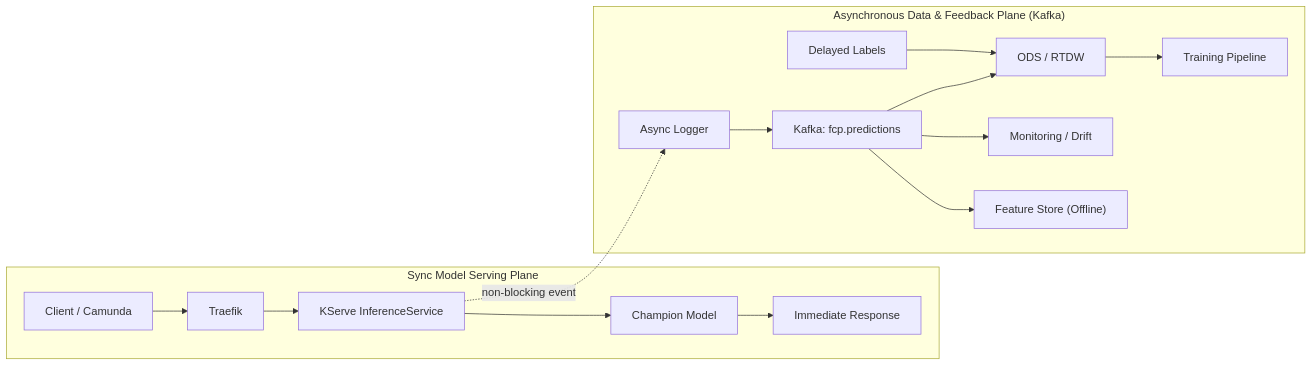
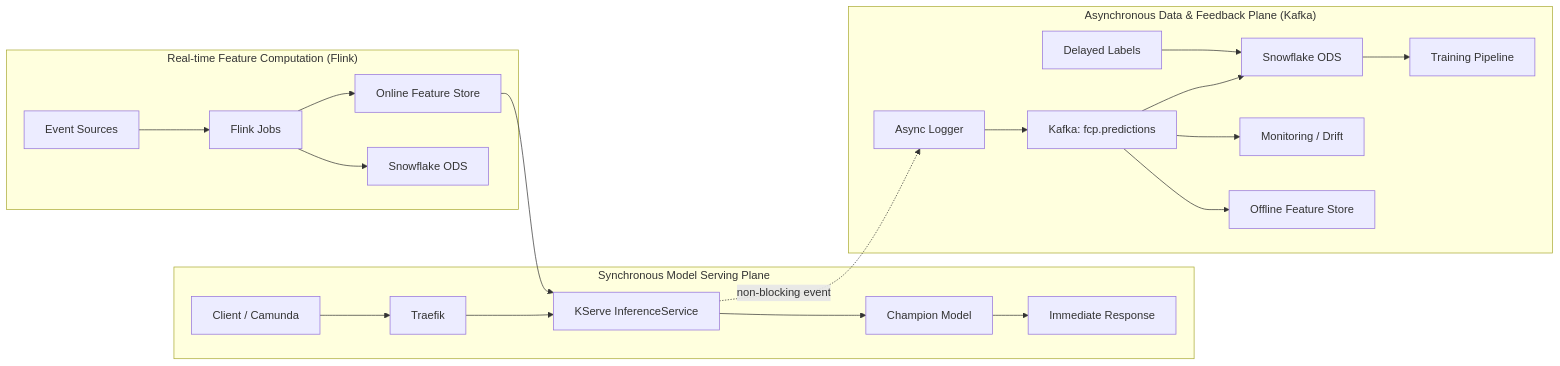
Before and after one commit to mdragomir-taurus/ops-diagrams: the diagram in final_kafka_architecture.mermaid, drawn with Mermaid. The commit also changed other lines of this file and 2 other files, not shown here.

Commit message:
fix: kafka final architecture update

```diff
--- a/final_kafka_architecture.mermaid
+++ b/final_kafka_architecture.mermaid
@@ -1,18 +1,24 @@
-flowchart LR
-
-    subgraph SYNC["Sync Model Serving Plane"]
+flowchart LR 
+    subgraph SYNC["Synchronous Model Serving Plane"]
         CLIENT["Client / Camunda"] --> TR["Traefik"] 
         TR --> KS["KServe InferenceService"] 
         KS --> MODEL["Champion Model"] 
         MODEL --> RESP["Immediate Response"] 
     end 
+    
+    subgraph STREAM["Real-time Feature Computation (Flink)"]
+        EVENTS["Event Sources"] --> FLINK["Flink Jobs"] 
+        FLINK --> ONLINEFS["Online Feature Store"] 
+        FLINK --> ODS["Snowflake ODS"]
+    end 
 
     subgraph ASYNC["Asynchronous Data & Feedback Plane (Kafka)"]
         KS -. non-blocking event .-> LOG["Async Logger"] 
         LOG --> KAFKA["Kafka: fcp.predictions"] 
-        KAFKA --> ODS["ODS / RTDW"] 
+        KAFKA --> ODS2["Snowflake ODS"] 
         KAFKA --> MON["Monitoring / Drift"] 
-        KAFKA --> FEAST["Feature Store (Offline)"] 
-        LABEL["Delayed Labels"] --> ODS 
-        ODS --> TRAIN["Training Pipeline"] 
-    end
+        KAFKA --> FEAST["Offline Feature Store"] 
+        LABEL["Delayed Labels"] --> ODS2 
+        ODS2 --> TRAIN["Training Pipeline"] 
+    end 
+    ONLINEFS --> KS
```
